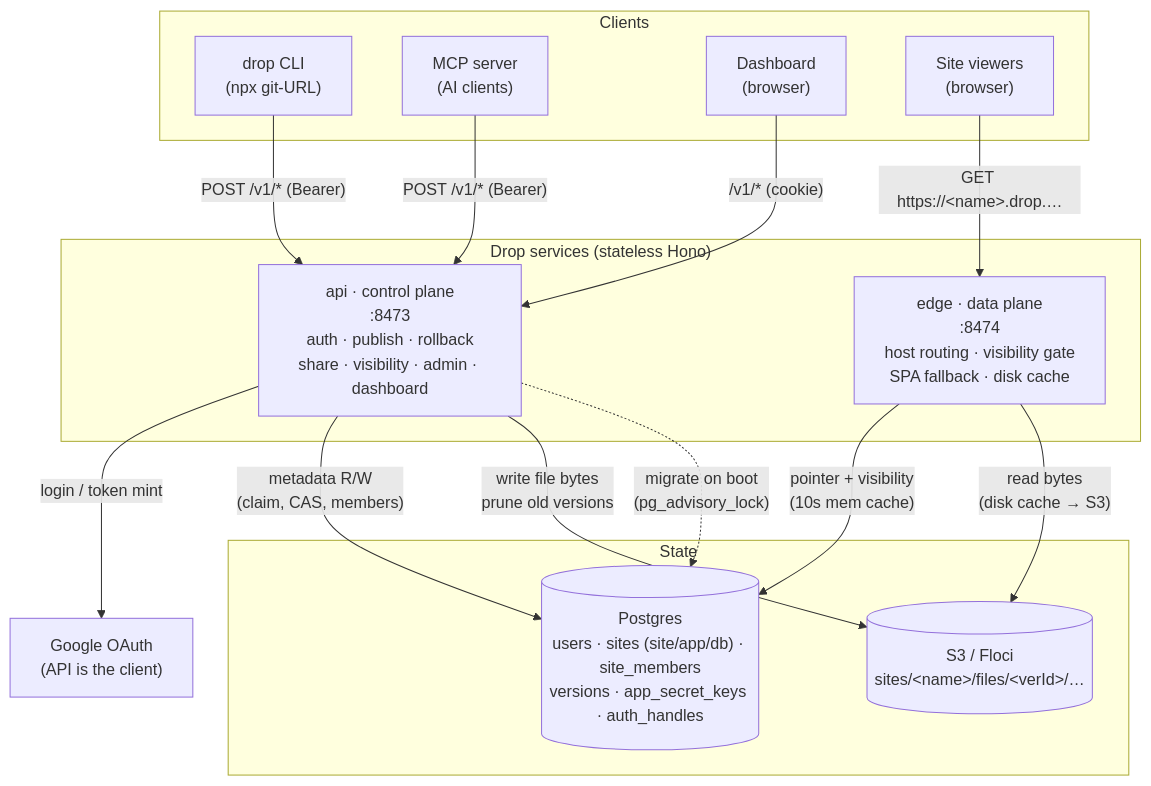
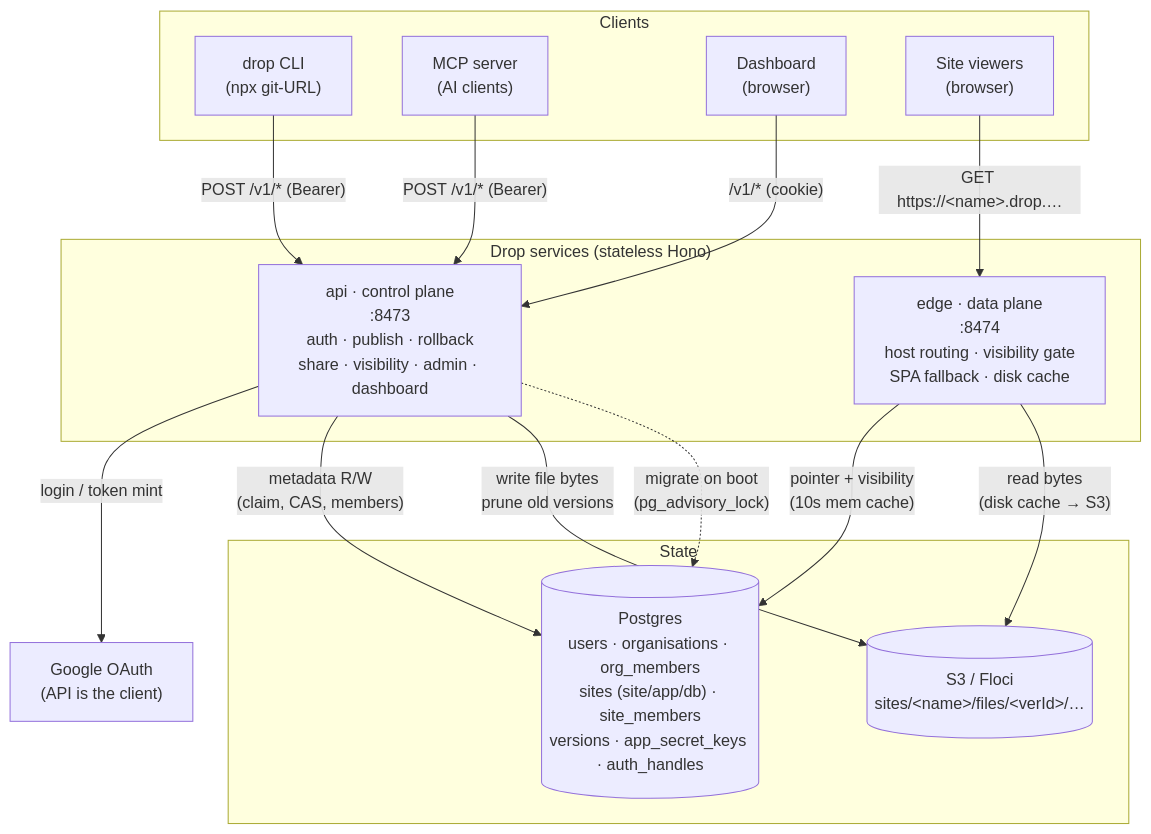
The first of 7 diagrams in docs/ARCHITECTURE.md (abhirathore2006/drop), drawn with Mermaid before and after one commit. The commit also changed other lines of this file and 16 other files, not shown here.

````diff
--- a/docs/ARCHITECTURE.md
+++ b/docs/ARCHITECTURE.md
@@ -25,34 +25,34 @@
 ```mermaid
 flowchart TB
     subgraph clients["Clients"]
         cli["drop CLI<br/>(npx git-URL)"]
         mcp["MCP server<br/>(AI clients)"]
         dash["Dashboard<br/>(browser)"]
         viewer["Site viewers<br/>(browser)"]
     end
 
     subgraph drop["Drop services (stateless Hono)"]
         api["api · control plane<br/>:8473<br/>auth · publish · rollback<br/>share · visibility · admin · dashboard"]
         edge["edge · data plane<br/>:8474<br/>host routing · visibility gate<br/>SPA fallback · disk cache"]
     end
 
     subgraph stores["State"]
-        pg[("Postgres<br/>users · sites (site/app/db) · site_members<br/>versions · app_secret_keys · auth_handles")]
+        pg[("Postgres<br/>users · organisations · org_members<br/>sites (site/app/db) · site_members<br/>versions · app_secret_keys · auth_handles")]
         s3[("S3 / Floci<br/>sites/&lt;name&gt;/files/&lt;verId&gt;/…")]
     end
 
     google["Google OAuth<br/>(API is the client)"]
 
     cli -->|"POST /v1/* (Bearer)"| api
     mcp -->|"POST /v1/* (Bearer)"| api
     dash -->|"/v1/* (cookie)"| api
     viewer -->|"GET https://&lt;name&gt;.drop.…"| edge
 
     api -->|"login / token mint"| google
     api -->|"metadata R/W<br/>(claim, CAS, members)"| pg
     api -->|"write file bytes<br/>prune old versions"| s3
     api -.->|"migrate on boot<br/>(pg_advisory_lock)"| pg
 
     edge -->|"pointer + visibility<br/>(10s mem cache)"| pg
     edge -->|"read bytes<br/>(disk cache → S3)"| s3
 ```
````
